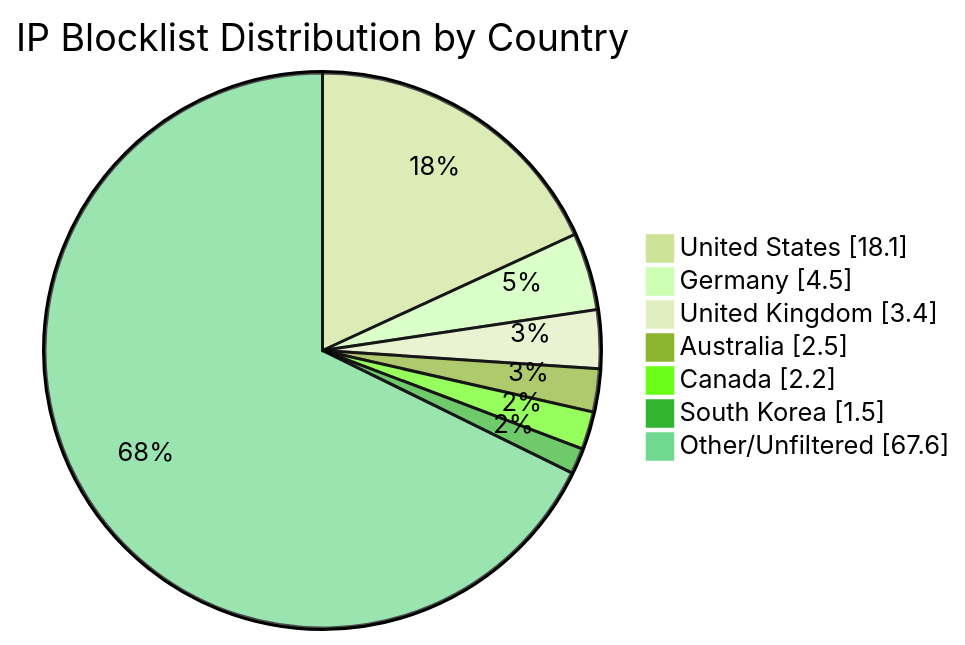
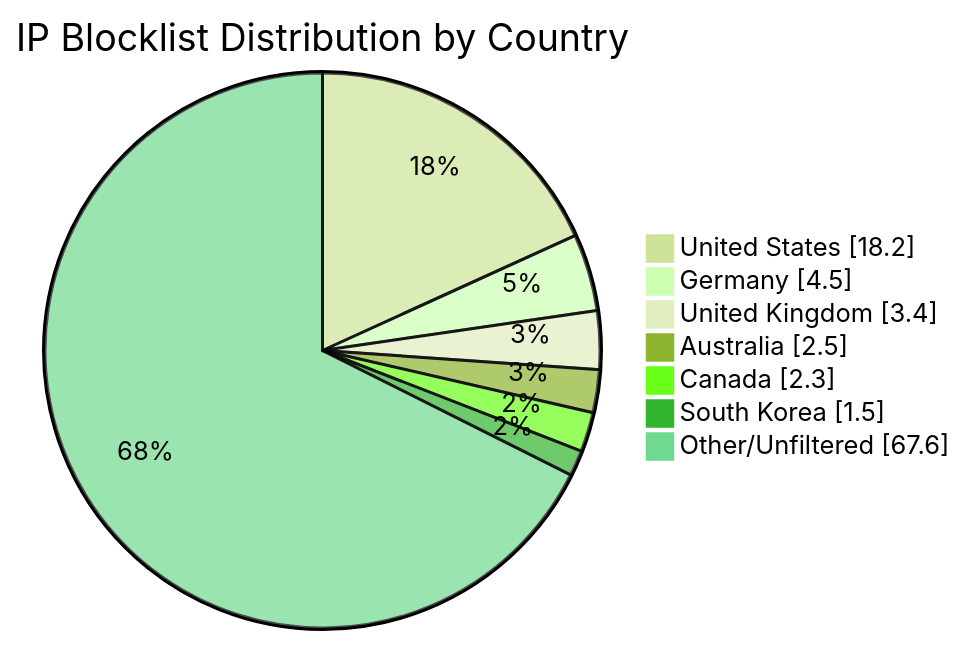
Before and after one commit to MarcusHoltz/ipblocklist-geofiltered-aggregator: the diagram in README.md, drawn with Mermaid (forest theme). The commit also changed other lines of this file and 9 other files, not shown here.

````diff
--- a/README.md
+++ b/README.md
@@ -34,10 +34,10 @@
 ```mermaid
 pie showData title IP Blocklist Distribution by Country
-"United States" : 18.1
+"United States" : 18.2
 "Germany" : 4.5
 "United Kingdom" : 3.4
 "Australia" : 2.5
-"Canada" : 2.2
+"Canada" : 2.3
 "South Korea" : 1.5
 "Other/Unfiltered" : 67.6
 ```
````
